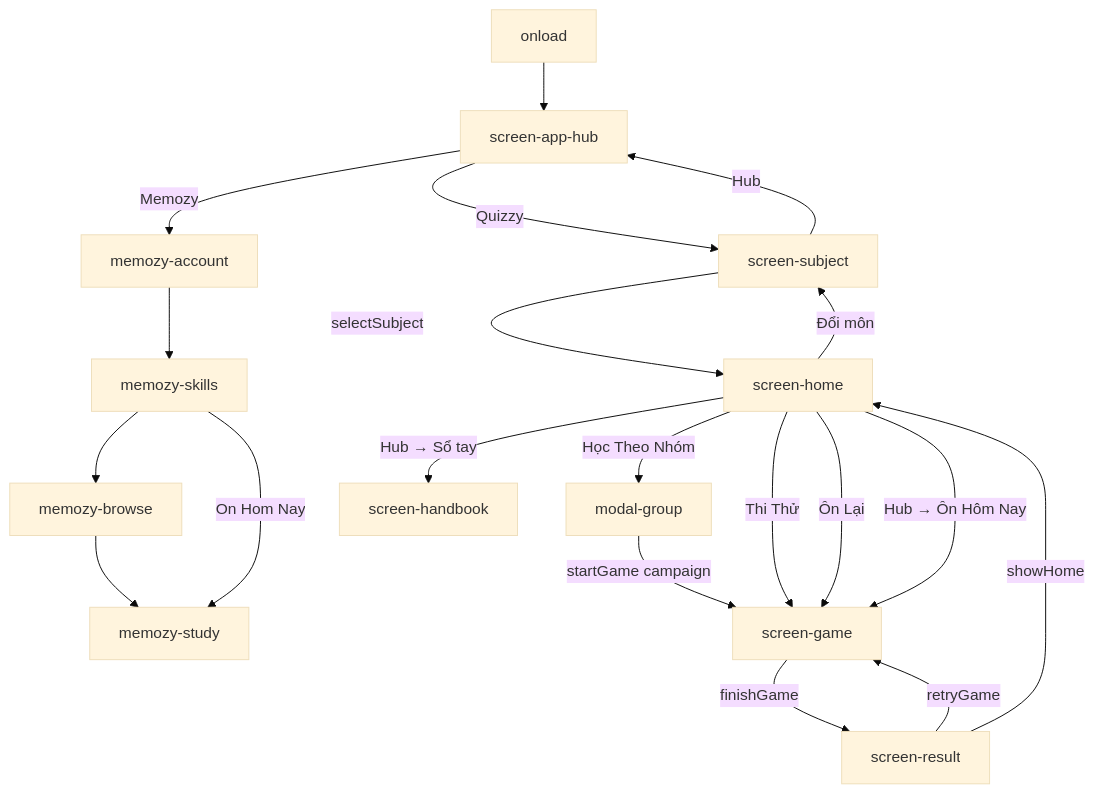
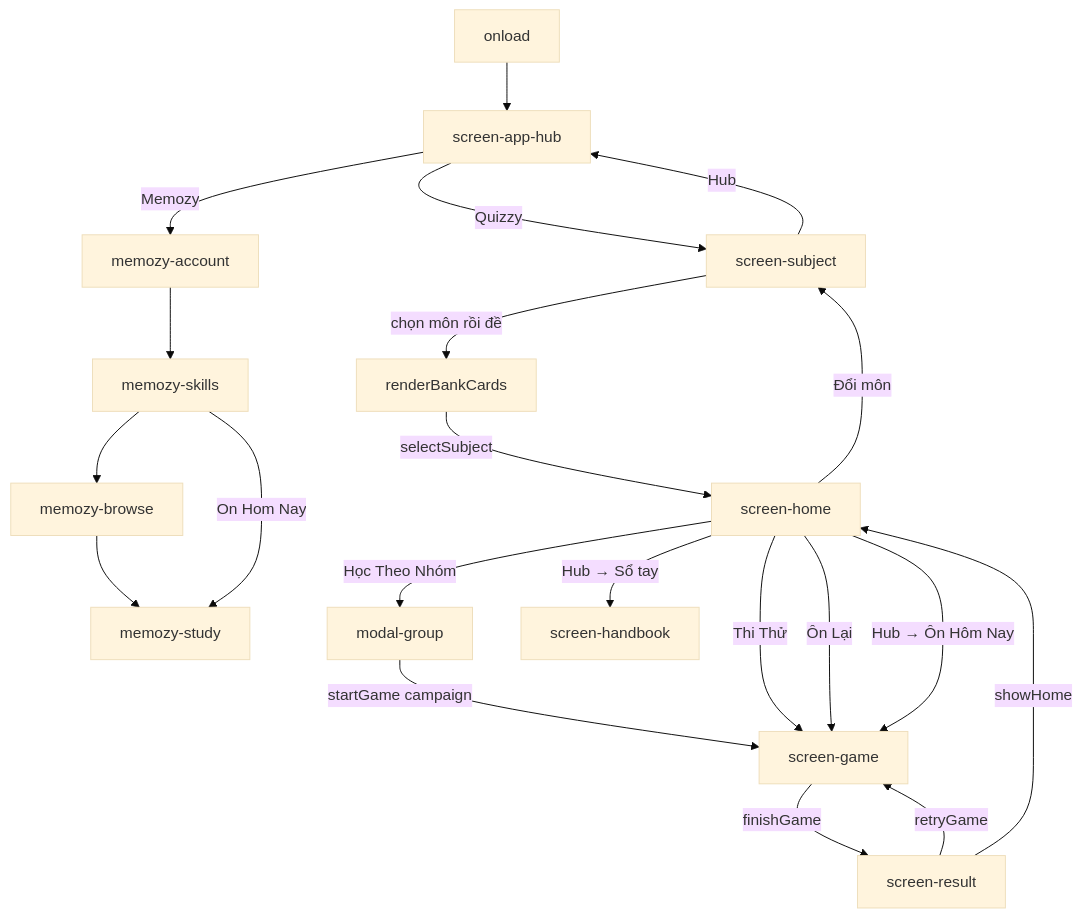
Before and after one commit to TAnhpika/Quiz: the second of 2 diagrams in ARCHITECTURE.md, drawn with Mermaid (base theme). The commit also changed other lines of this file and 15 other files, not shown here.

````diff
--- a/ARCHITECTURE.md
+++ b/ARCHITECTURE.md
@@ -351,22 +355,23 @@
 ```mermaid
 flowchart TD
     A[onload] --> Hub[screen-app-hub]
     Hub -->|Quizzy| B[screen-subject]
     Hub -->|Memozy| M1[memozy-account]
     M1 --> M2[memozy-skills]
     M2 --> M3[memozy-browse]
     M3 --> M4[memozy-study]
     M2 -->|On Hom Nay| M4
-    B -->|selectSubject| C[screen-home]
+    B -->|chọn môn rồi đề| B2[renderBankCards]
+    B2 -->|selectSubject| C[screen-home]
     C -->|Học Theo Nhóm| D[modal-group]
     D -->|startGame campaign| E[screen-game]
     C -->|Thi Thử| E
     C -->|Ôn Lại| E
     C -->|Hub → Ôn Hôm Nay| E
     E -->|finishGame| F[screen-result]
     F -->|retryGame| E
     F -->|showHome| C
     C -->|Hub → Sổ tay| G[screen-handbook]
     C -->|Đổi môn| B
     B -->|Hub| Hub
 ```
````
